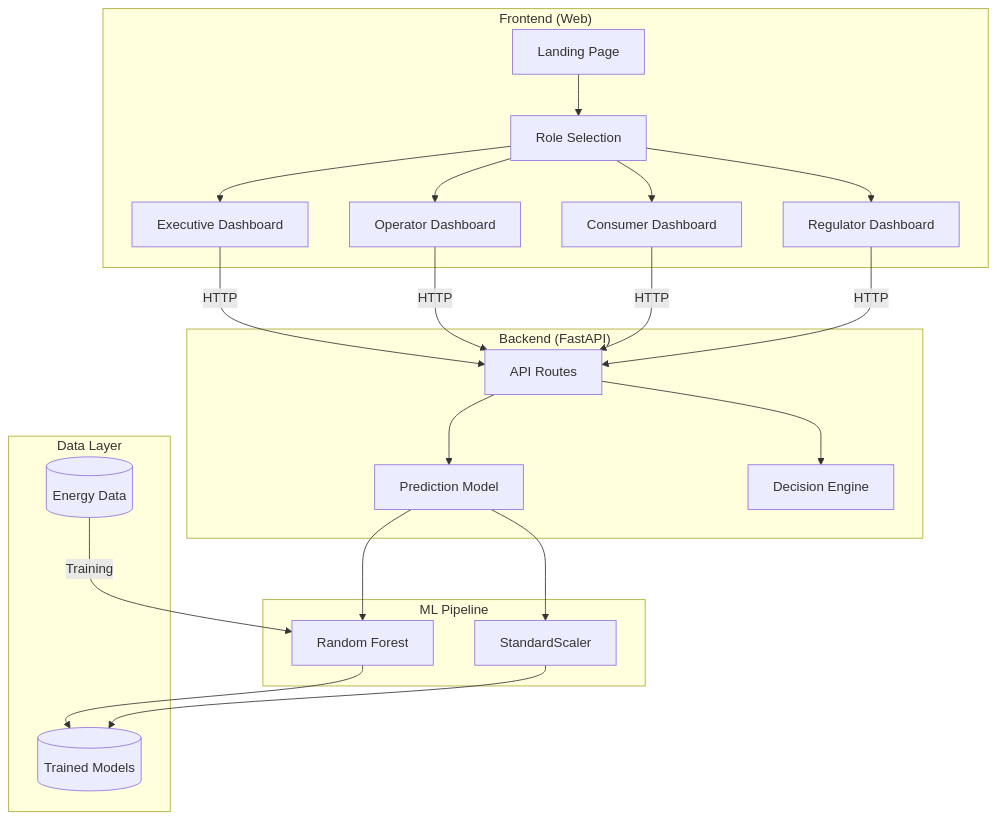
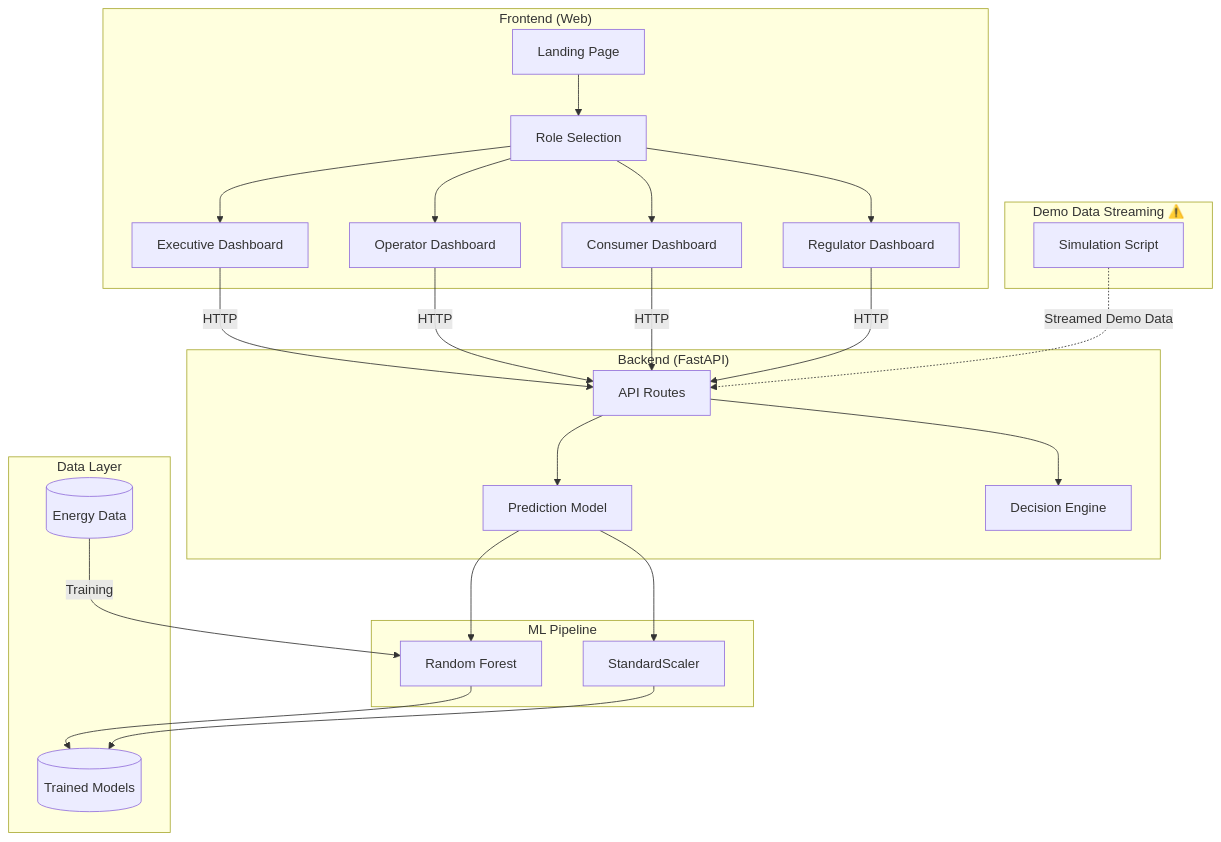
The diagram in README.md (saad2134/gridmind-ai), drawn with Mermaid before and after one commit.

````diff
--- a/README.md
+++ b/README.md
@@ -168,47 +168,53 @@
 ```mermaid
 graph TB
     subgraph Client["Frontend (Web)"]
         Landing[Landing Page]
         Auth[Role Selection]
         Exec[Executive Dashboard]
         Oper[Operator Dashboard]
         Cons[Consumer Dashboard]
         Regul[Regulator Dashboard]
     end
 
     subgraph Backend["Backend (FastAPI)"]
         API[API Routes]
         Pred[Prediction Model]
         Decision[Decision Engine]
     end
 
     subgraph ML["ML Pipeline"]
         RF[Random Forest]
         Scaler[StandardScaler]
     end
 
     subgraph Data["Data Layer"]
         CSV[(Energy Data)]
         Models[(Trained Models)]
     end
 
+    subgraph IoT["Demo Data Streaming ⚠️"]
+        Sim[Simulation Script]
+    end
+
     Landing --> Auth
     Auth --> Exec
     Auth --> Oper
     Auth --> Cons
     Auth --> Regul
 
     Exec -->|HTTP| API
     Oper -->|HTTP| API
     Cons -->|HTTP| API
     Regul -->|HTTP| API
 
     API --> Pred
     API --> Decision
     Pred --> RF
     Pred --> Scaler
     
     RF --> Models
     Scaler --> Models
     CSV -->|Training| RF
+    
+    Sim -.->|Streamed Demo Data| API
 ```
````
